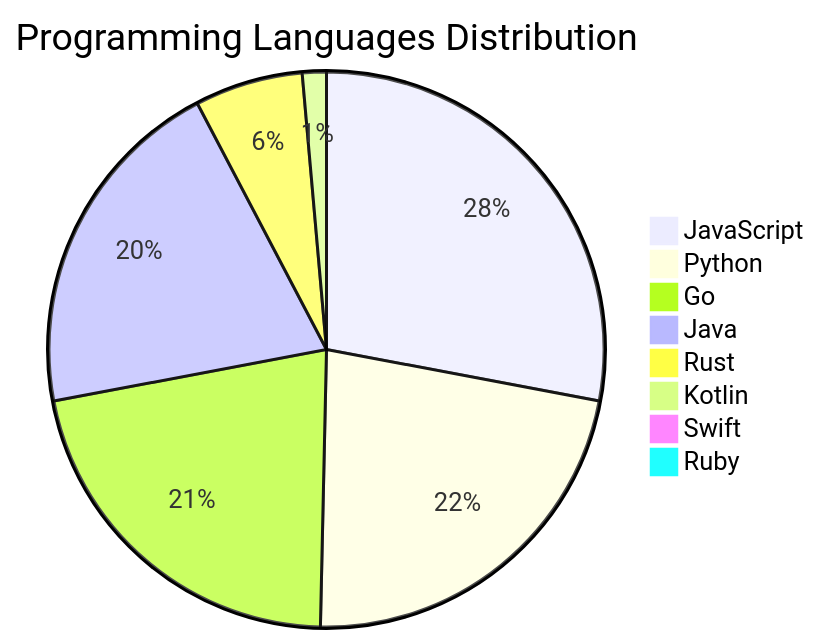
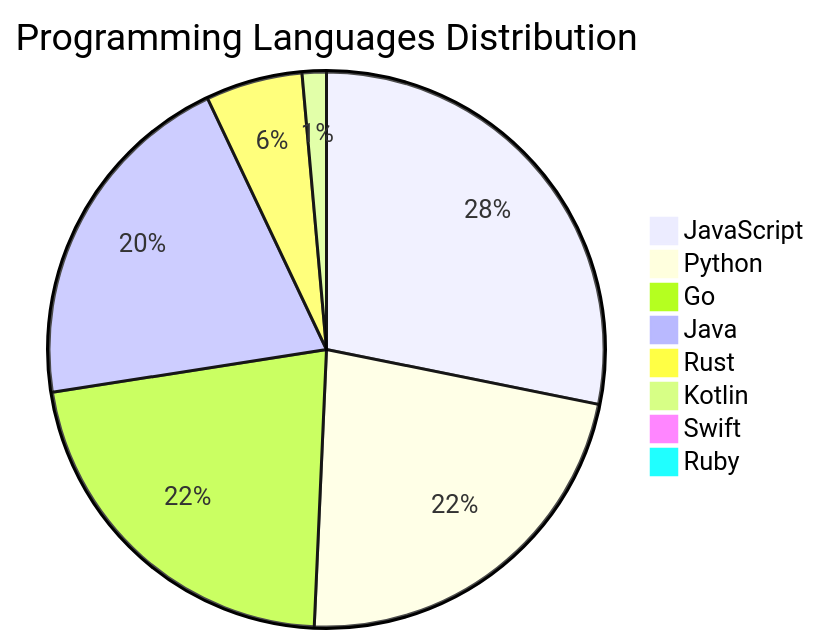
Before and after one commit to Derrick-MUGISHA/github-activity-bot: the diagram in README.md, drawn with Mermaid. The commit also changed other lines of this file and 4 other files, not shown here.

````diff
--- a/README.md
+++ b/README.md
@@ -211,11 +211,11 @@
 ```mermaid
 pie title Programming Languages Distribution
     "JavaScript" : 40
     "Python" : 32
     "Go" : 31
     "Java" : 29
-    "Rust" : 9
+    "Rust" : 8
     "Kotlin" : 2
     "Swift" : 1
     "Ruby" : 1
 ```
````
